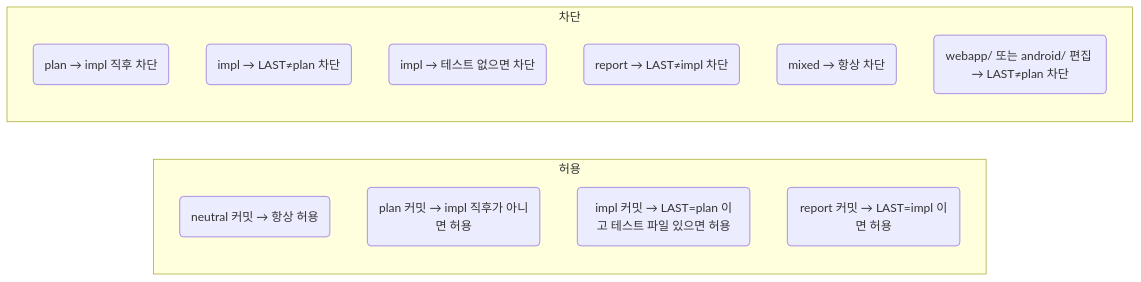
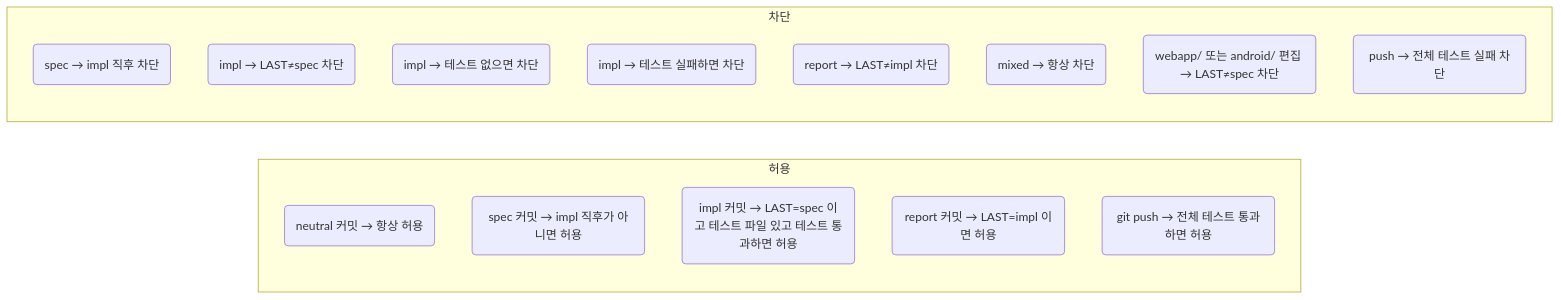
One commit to seungrye/slowmade-duckdns-org changed the second of 2 diagrams in docs/hooks.md. Above: the diagram before and after it, drawn with Mermaid. The commit also changed other lines of this file and 15 other files, not shown here.

First line of the commit message:
chore: spec 기반 TDD 워크플로우 도입

````diff
--- a/docs/hooks.md
+++ b/docs/hooks.md
@@ -69,18 +73,21 @@
 ```mermaid
 flowchart LR
     subgraph 허용
         R1(neutral 커밋 → 항상 허용)
-        R2(plan 커밋 → impl 직후가 아니면 허용)
-        R3(impl 커밋 → LAST=plan 이고 테스트 파일 있으면 허용)
+        R2(spec 커밋 → impl 직후가 아니면 허용)
+        R3(impl 커밋 → LAST=spec 이고 테스트 파일 있고 테스트 통과하면 허용)
         R4(report 커밋 → LAST=impl 이면 허용)
+        R5(git push → 전체 테스트 통과하면 허용)
     end
 
     subgraph 차단
-        D1(plan → impl 직후 차단)
-        D2(impl → LAST≠plan 차단)
+        D1(spec → impl 직후 차단)
+        D2(impl → LAST≠spec 차단)
         D3(impl → 테스트 없으면 차단)
-        D4(report → LAST≠impl 차단)
-        D5(mixed → 항상 차단)
-        D6(webapp/ 또는 android/ 편집 → LAST≠plan 차단)
+        D4(impl → 테스트 실패하면 차단)
+        D5(report → LAST≠impl 차단)
+        D6(mixed → 항상 차단)
+        D7(webapp/ 또는 android/ 편집 → LAST≠spec 차단)
+        D8(push → 전체 테스트 실패 차단)
     end
 ```
````
